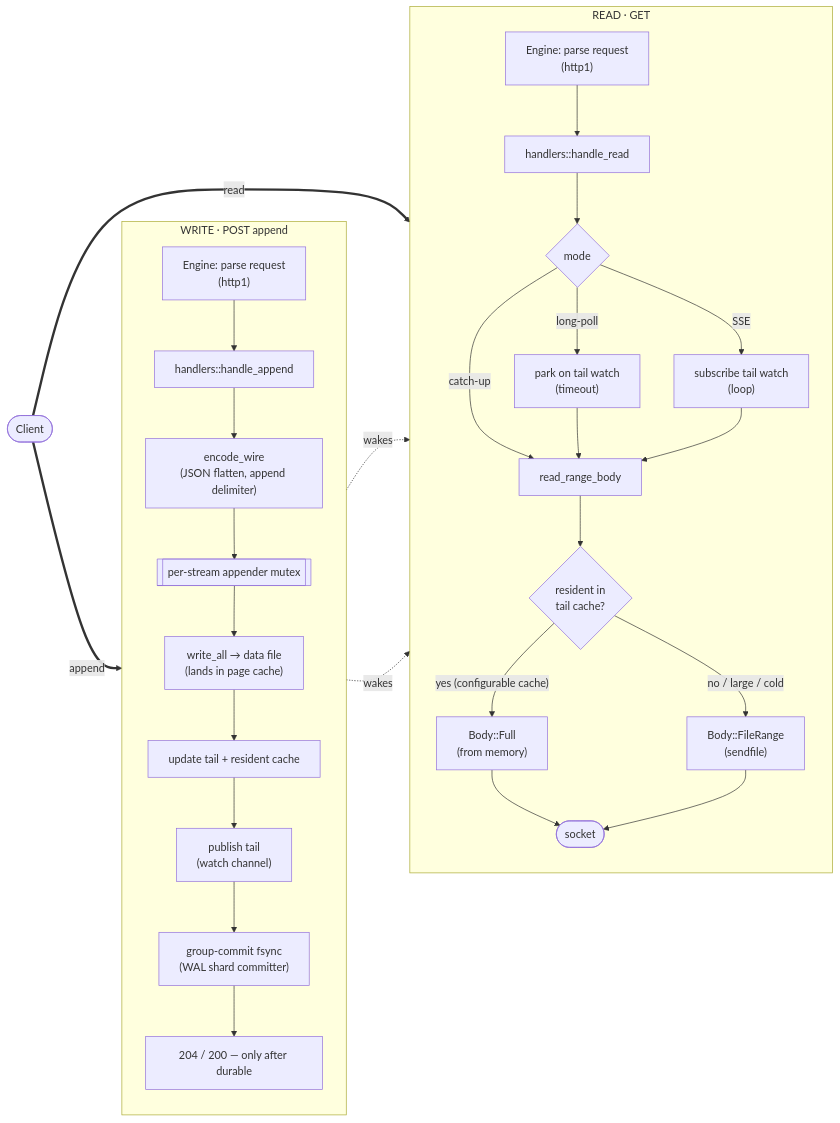
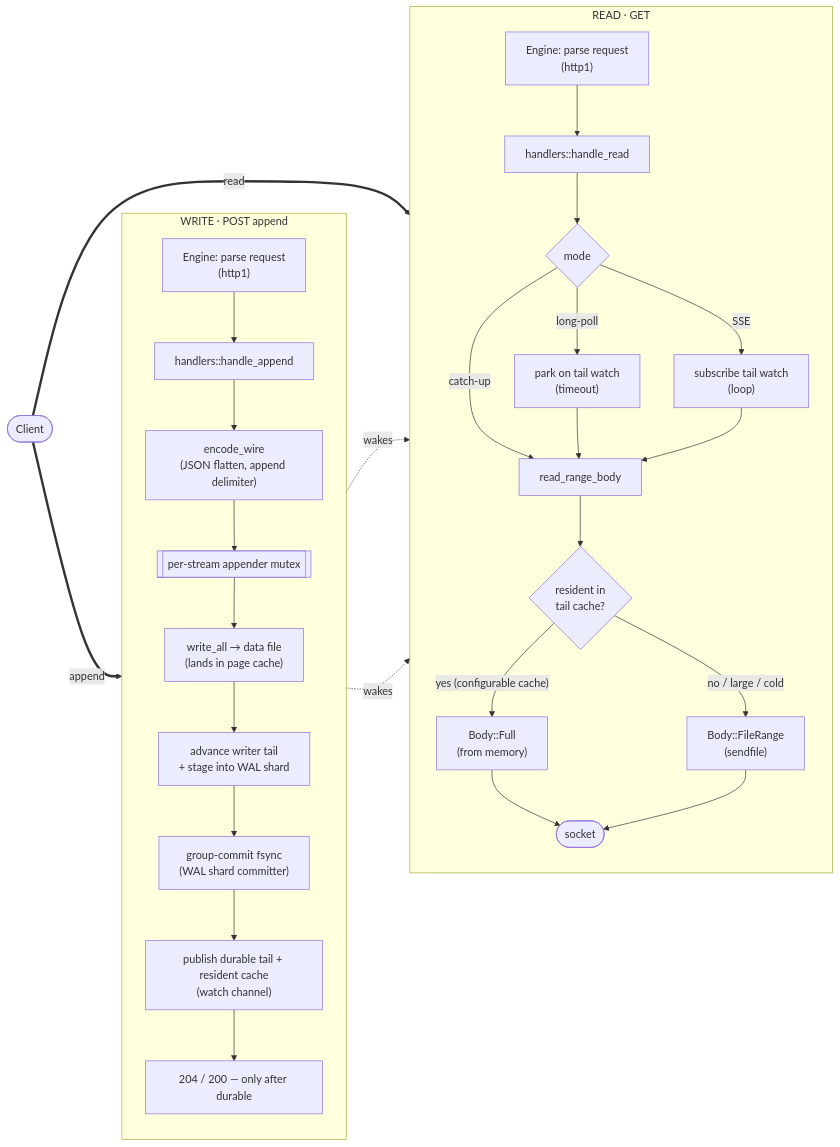
Before and after one commit to electric-sql/electric: the first of 3 diagrams in packages/durable-streams-rust/ARCHITECTURE.md, drawn with Mermaid. The commit also changed other lines of this file and 4 other files, not shown here.

First line of the commit message:
docs(wal): crash-sim findings, changeset, fix stale visibility claims in ARCHITECTURE.md

````diff
--- a/packages/durable-streams-rust/ARCHITECTURE.md
+++ b/packages/durable-streams-rust/ARCHITECTURE.md
@@ -28,37 +28,37 @@
 ```mermaid
 flowchart LR
   C(["Client"])
 
   subgraph WRITE["WRITE  ·  POST append"]
     direction TB
     W1["Engine: parse request<br/>(http1)"] --> W2["handlers::handle_append"]
     W2 --> W3["encode_wire<br/>(JSON flatten, append delimiter)"]
     W3 --> W4[["per-stream appender mutex"]]
     W4 --> W5["write_all → data file<br/>(lands in page cache)"]
-    W5 --> W6["update tail + resident cache"]
-    W6 --> W8["publish tail<br/>(watch channel)"]
-    W8 --> W7["group-commit fsync<br/>(WAL shard committer)"]
-    W7 --> W9["204 / 200 — only after durable"]
+    W5 --> W6["advance writer tail<br/>+ stage into WAL shard"]
+    W6 --> W7["group-commit fsync<br/>(WAL shard committer)"]
+    W7 --> W8["publish durable tail + resident cache<br/>(watch channel)"]
+    W8 --> W9["204 / 200 — only after durable"]
   end
 
   subgraph READ["READ  ·  GET"]
     direction TB
     R1["Engine: parse request<br/>(http1)"] --> R2["handlers::handle_read"]
     R2 --> R3{"mode"}
     R3 -->|"catch-up"| RB["read_range_body"]
     R3 -->|"long-poll"| R5["park on tail watch<br/>(timeout)"]
     R3 -->|"SSE"| R6["subscribe tail watch<br/>(loop)"]
     R5 --> RB
     R6 --> RB
     RB --> R7{"resident in<br/>tail cache?"}
     R7 -->|"yes (configurable cache)"| R8["Body::Full<br/>(from memory)"]
     R7 -->|"no / large / cold"| R9["Body::FileRange<br/>(sendfile)"]
     R8 --> R10(["socket"])
     R9 --> R10
   end
 
   C ==>|"append"| W1
   C ==>|"read"| R1
   W8 -. "wakes" .-> R5
   W8 -. "wakes" .-> R6
 ```
````
